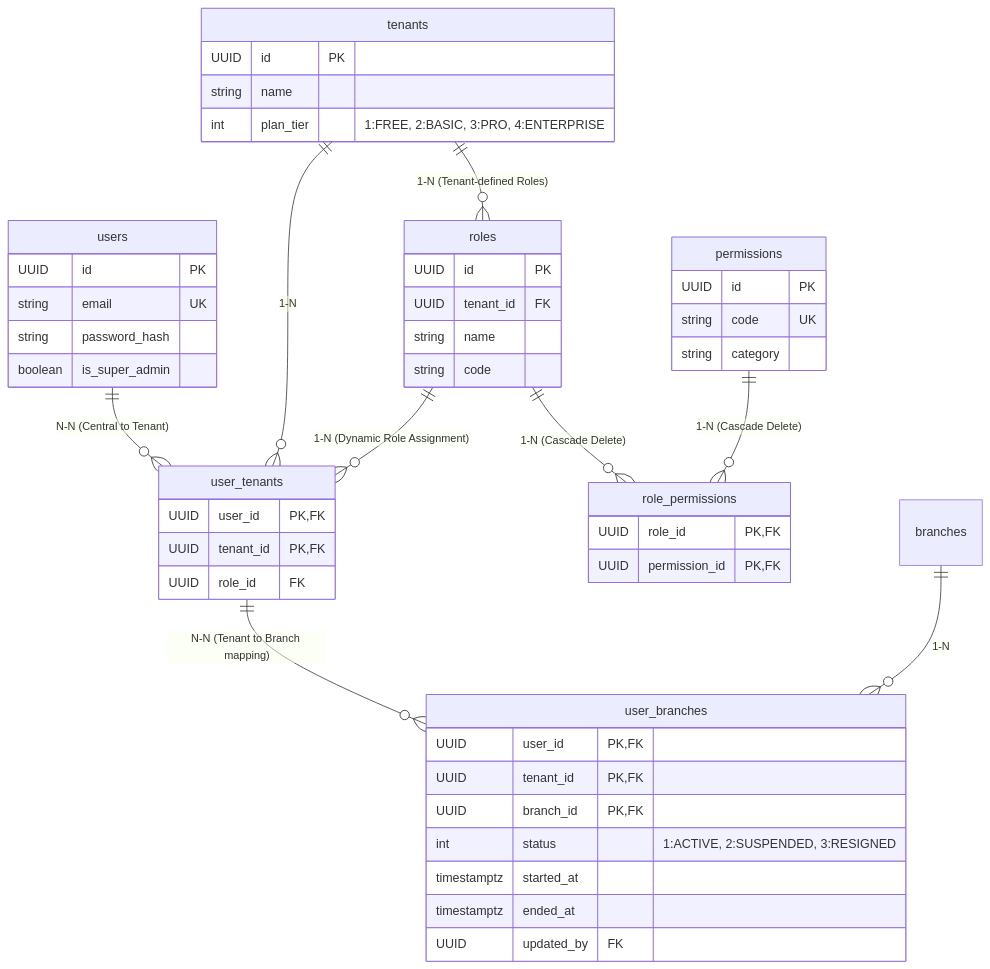
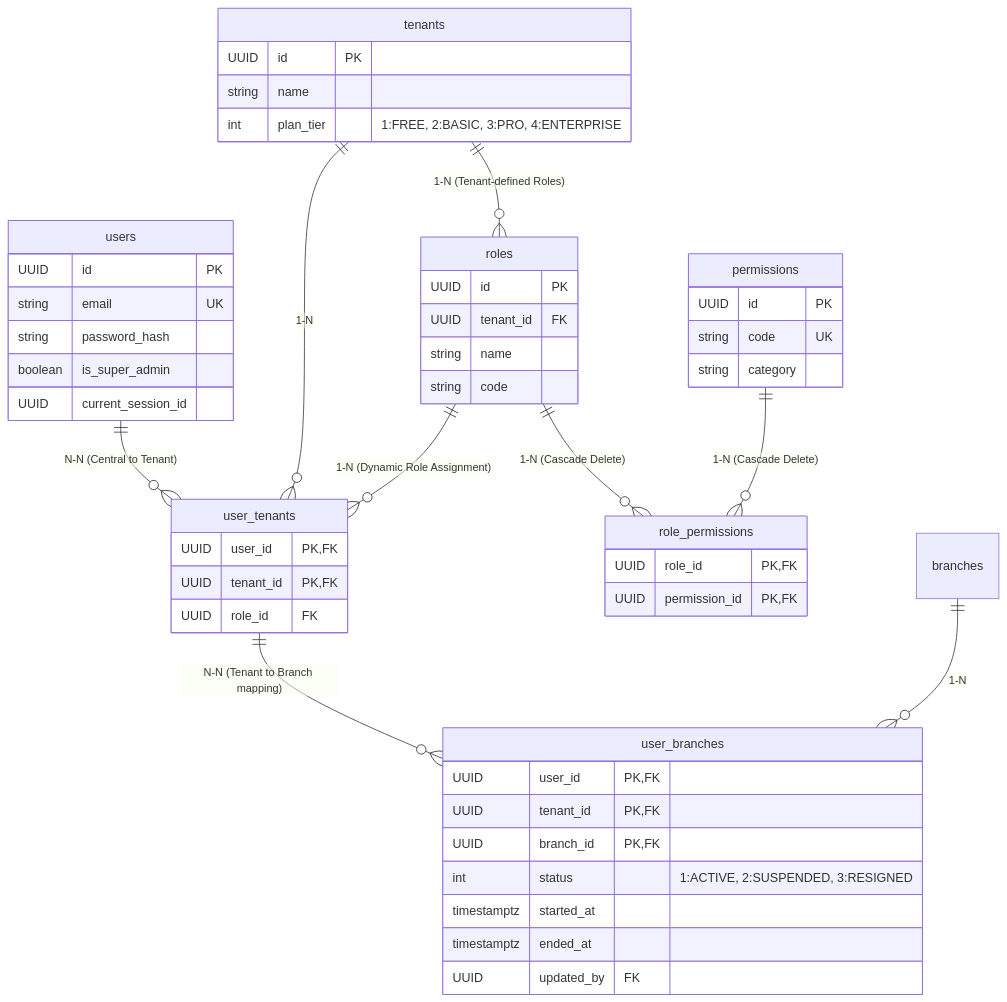
Before and after one commit to foodboi88/car-rental-saas: the diagram in docs/overviews/onboarding.md, drawn with Mermaid. The commit also changed other lines of this file and 1 other file, not shown here.

Commit message:
DYNAMIC-RBAC: điều chỉnh lại file onboarding + database schema đòng bộ với code

````diff
--- a/docs/overviews/onboarding.md
+++ b/docs/overviews/onboarding.md
@@ -33,58 +33,59 @@
 ```mermaid
 erDiagram
     users ||--o{ user_tenants : "N-N (Central to Tenant)"
     tenants ||--o{ user_tenants : "1-N"
     tenants ||--o{ roles : "1-N (Tenant-defined Roles)"
     roles ||--o{ user_tenants : "1-N (Dynamic Role Assignment)"
     roles ||--o{ role_permissions : "1-N (Cascade Delete)"
     permissions ||--o{ role_permissions : "1-N (Cascade Delete)"
     user_tenants ||--o{ user_branches : "N-N (Tenant to Branch mapping)"
     branches ||--o{ user_branches : "1-N"
     
     users {
         UUID id PK
         string email UK
         string password_hash
         boolean is_super_admin
+        UUID current_session_id
     }
     
     tenants {
         UUID id PK
         string name
         int plan_tier "1:FREE, 2:BASIC, 3:PRO, 4:ENTERPRISE"
     }
 
     roles {
         UUID id PK
         UUID tenant_id FK
         string name
         string code
     }
 
     permissions {
         UUID id PK
         string code UK
         string category
     }
 
     role_permissions {
         UUID role_id PK, FK
         UUID permission_id PK, FK
     }
     
     user_tenants {
         UUID user_id PK, FK
         UUID tenant_id PK, FK
         UUID role_id FK
     }
     
     user_branches {
         UUID user_id PK, FK
         UUID tenant_id PK, FK
         UUID branch_id PK, FK
         int status "1:ACTIVE, 2:SUSPENDED, 3:RESIGNED"
         timestamptz started_at
         timestamptz ended_at
         UUID updated_by FK
     }
 ```
````
